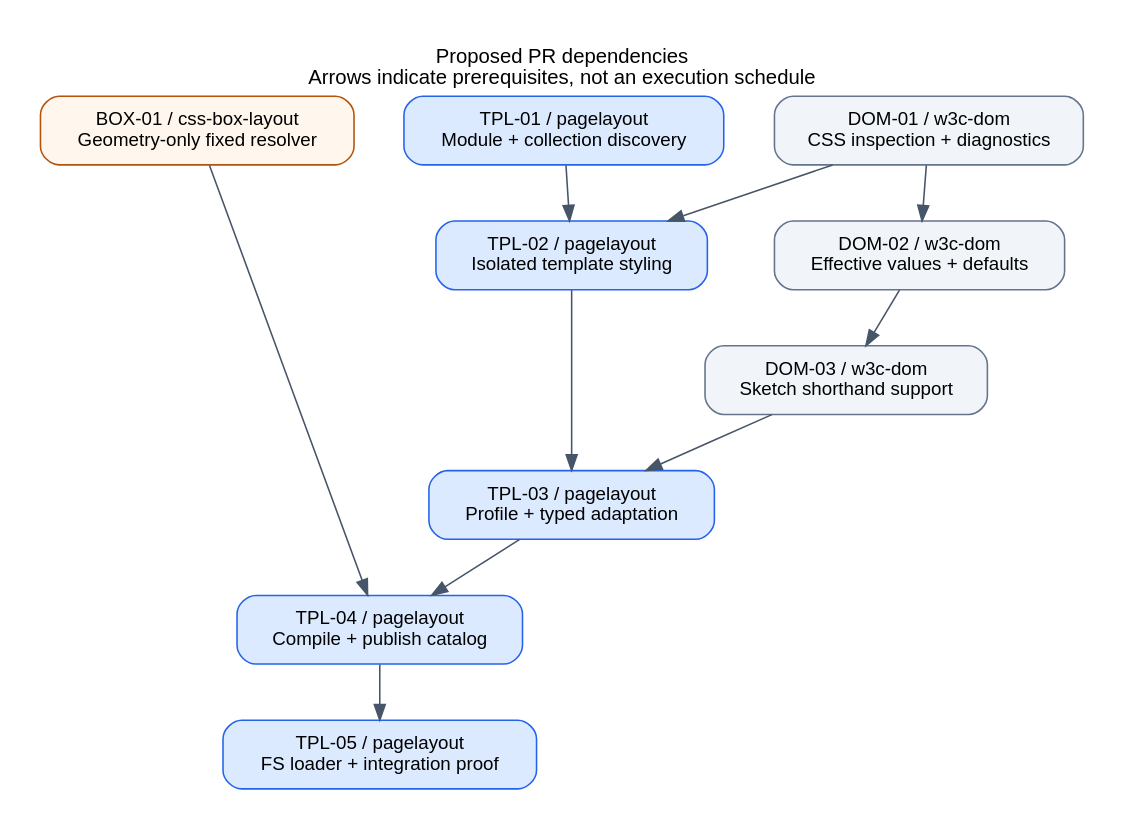
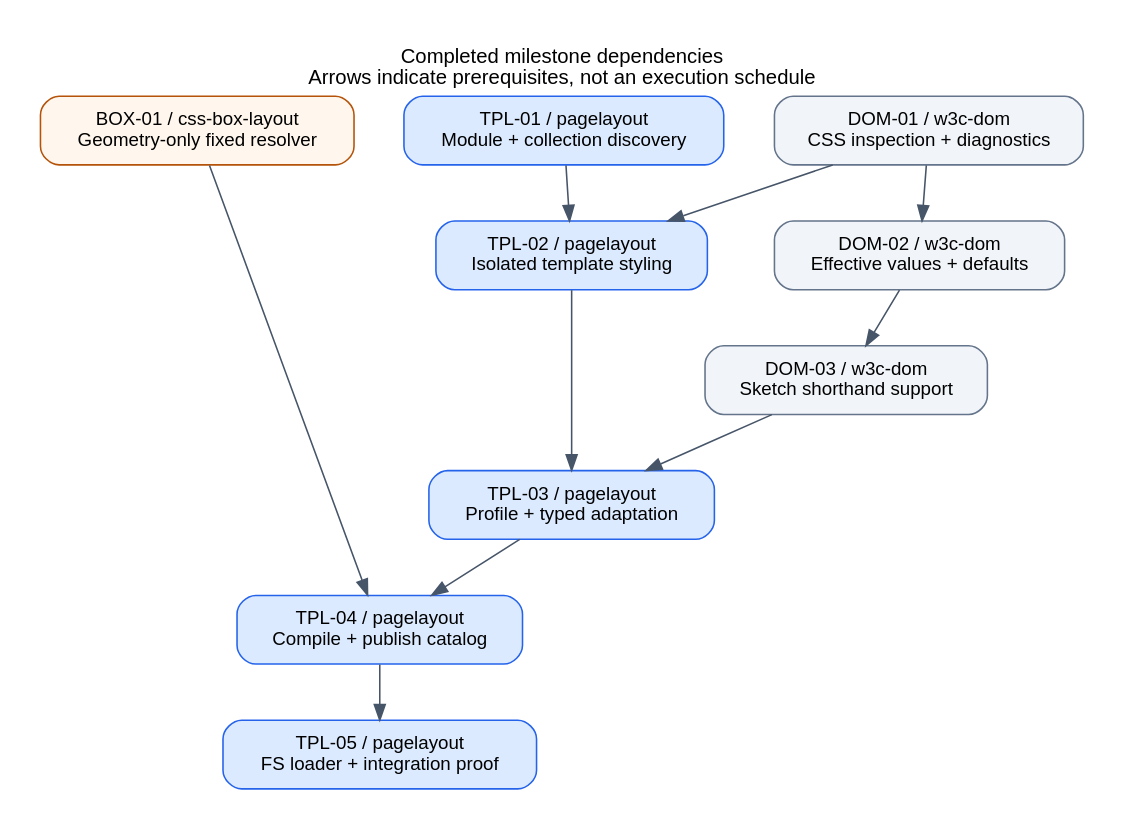
Before and after one commit to npillmayer/pagelayout: the diagram in doc/diagrams/template-loading-prs.dot, drawn with Graphviz. The commit also changed 30 other files, not shown here.

```diff
--- a/doc/diagrams/template-loading-prs.dot
+++ b/doc/diagrams/template-loading-prs.dot
@@ -1,33 +1,33 @@
 digraph TemplateLoadingPRs {
   graph [rankdir=TB, bgcolor="white", pad=0.25, nodesep=0.45, ranksep=0.5,
          fontname="Helvetica", fontsize=13,
-         label="Proposed PR dependencies\nArrows indicate prerequisites, not an execution schedule", labelloc=t];
+         label="Completed milestone dependencies\nArrows indicate prerequisites, not an execution schedule", labelloc=t];
   node [shape=box, style="rounded,filled", fillcolor="#dbeafe", color="#2563eb",
         fontname="Helvetica", fontsize=12, margin="0.18,0.12"];
   edge [color="#475569", fontname="Helvetica", fontsize=10];
 
   tpl1 [label="TPL-01 / pagelayout\nModule + collection discovery"];
   tpl2 [label="TPL-02 / pagelayout\nIsolated template styling"];
   tpl3 [label="TPL-03 / pagelayout\nProfile + typed adaptation"];
   tpl4 [label="TPL-04 / pagelayout\nCompile + publish catalog"];
   tpl5 [label="TPL-05 / pagelayout\nFS loader + integration proof"];
 
   dom1 [label="DOM-01 / w3c-dom\nCSS inspection + diagnostics",
         fillcolor="#f1f5f9", color="#64748b"];
   dom2 [label="DOM-02 / w3c-dom\nEffective values + defaults",
         fillcolor="#f1f5f9", color="#64748b"];
   dom3 [label="DOM-03 / w3c-dom\nSketch shorthand support",
         fillcolor="#f1f5f9", color="#64748b"];
 
   box1 [label="BOX-01 / css-box-layout\nGeometry-only fixed resolver",
         fillcolor="#fff7ed", color="#b45309"];
 
   { rank=same; tpl1; dom1; box1; }
   { rank=same; tpl2; dom2; }
 
   tpl1 -> tpl2 -> tpl3 -> tpl4 -> tpl5;
   dom1 -> dom2 -> dom3;
   dom1 -> tpl2;
   dom3 -> tpl3;
   box1 -> tpl4;
 }
```
